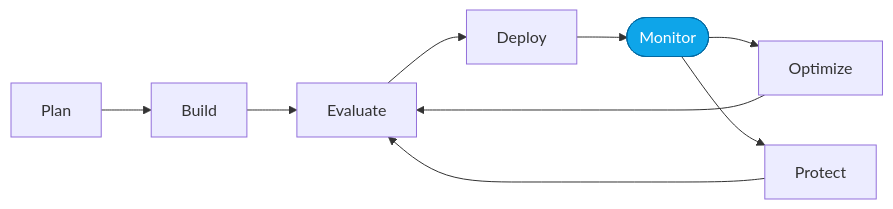
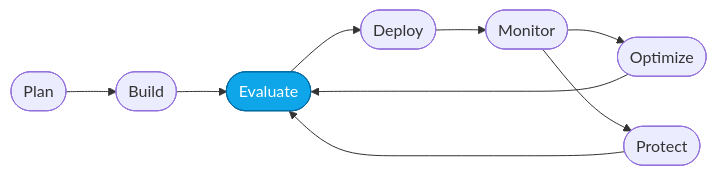
One commit to microsoft-foundry/agent-optimization-workshop changed the diagram in labs/fundamentals/06-verify.md. Above: the diagram before and after it, drawn with Mermaid. The commit also changed other lines of this file and 17 other files, not shown here.

````diff
--- a/labs/fundamentals/06-verify.md
+++ b/labs/fundamentals/06-verify.md
@@ -13,7 +14,7 @@
 ```mermaid
 flowchart LR
-    Plan --> Build --> Evaluate --> Deploy --> Monitor([Monitor]):::active --> Optimize --> Evaluate
-    Monitor --> Protect --> Evaluate
+    Plan([Plan]) --> Build([Build]) --> Evaluate([Evaluate]):::active --> Deploy([Deploy]) --> Monitor([Monitor]) --> Optimize([Optimize]) --> Evaluate
+    Monitor --> Protect([Protect]) --> Evaluate
 
     classDef active fill:#0ea5e9,stroke:#0369a1,color:#fff;
 ```
````
